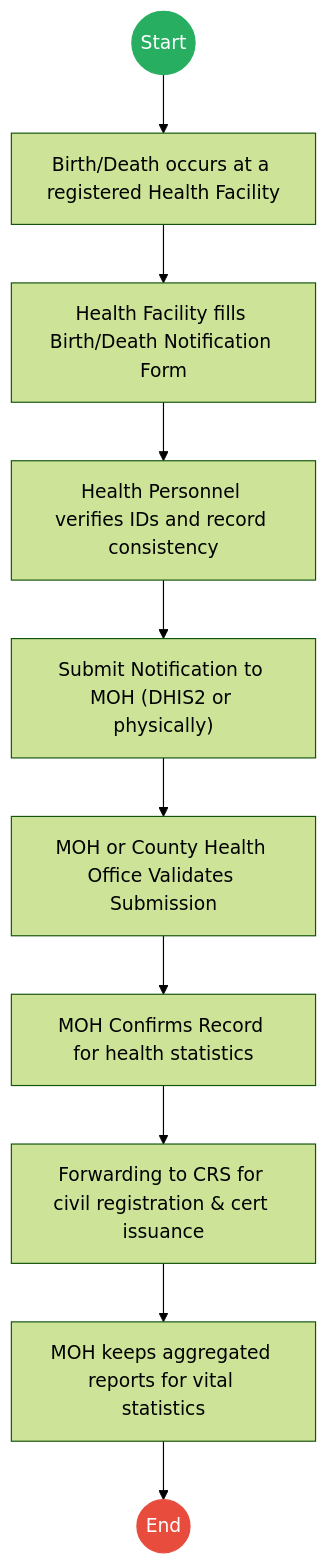
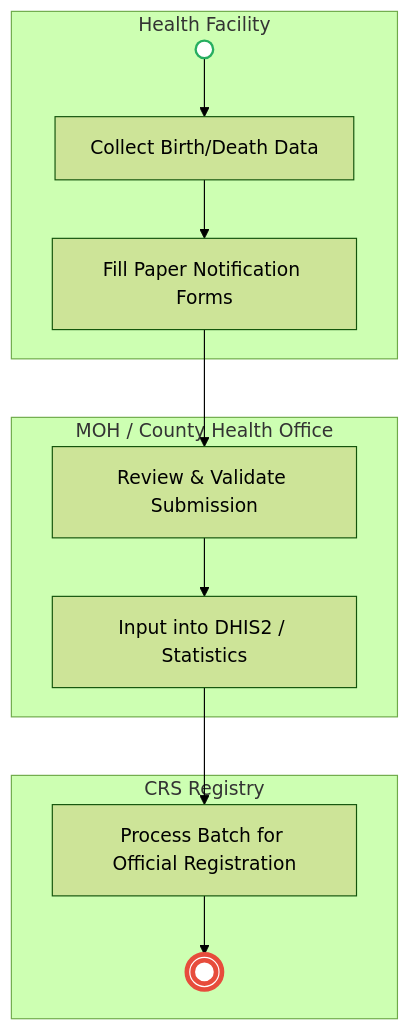
One commit to BITZ-IT-Consulting-LTD/ictapoc changed the first of 2 diagrams in mdas/docs_final/Ministry_of_Health___Service_Delivery.md. Above: the diagram before and after it, drawn with Mermaid (forest theme). The commit also changed other lines of this file and 13 other files, not shown here.

````diff
--- a/mdas/docs_final/Ministry_of_Health___Service_Delivery.md
+++ b/mdas/docs_final/Ministry_of_Health___Service_Delivery.md
@@ -20,17 +18,20 @@
 ```mermaid
-graph TD
-    Start((Start)) --> S1
-    S1["Birth/Death occurs at a registered Health Facility"] --> S2
-    S2["Health Facility fills Birth/Death Notification Form"] --> S3
-    S3["Health Personnel verifies IDs and record consistency"] --> S4
-    S4["Submit Notification to MOH (DHIS2 or physically)"] --> S5
-    S5["MOH or County Health Office Validates Submission"] --> S6
-    S6["MOH Confirms Record for health statistics"] --> S7
-    S7["Forwarding to CRS for civil registration & cert issuance"] --> S8
-    S8["MOH keeps aggregated reports for vital statistics"] --> End((End))
+flowchart TD
+    subgraph Facility["Health Facility"]
+        Start(( )) --> A1[Collect Birth/Death Data]
+        A1 --> A2[Fill Paper Notification Forms]
+    end
 
-    classDef start fill:#27ae60,stroke:#27ae60,color:#fff;
-    classDef endNode fill:#e74c3c,stroke:#e74c3c,color:#fff;
-    class Start start;
-    class End endNode;
+    subgraph MOH_County["MOH / County Health Office"]
+        A2 --> B1[Review & Validate Submission]
+        B1 --> B2[Input into DHIS2 / Statistics]
+    end
+
+    subgraph Registry["CRS Registry"]
+        B2 --> C1[Process Batch for Official Registration]
+        C1 --> End((( )))
+    end
+
+    style Start fill:#fff,stroke:#27ae60,stroke-width:2px
+    style End fill:#fff,stroke:#e74c3c,stroke-width:4px
 ```
````
